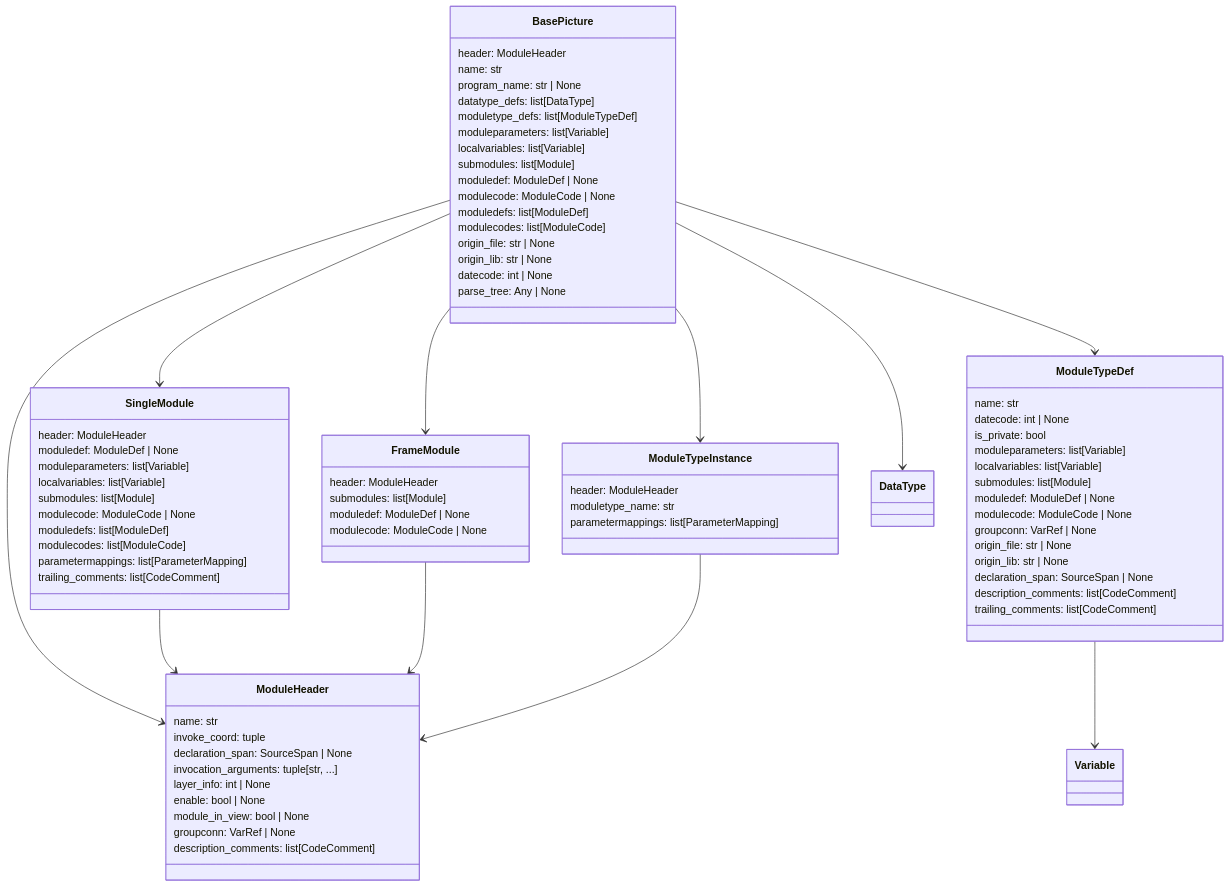
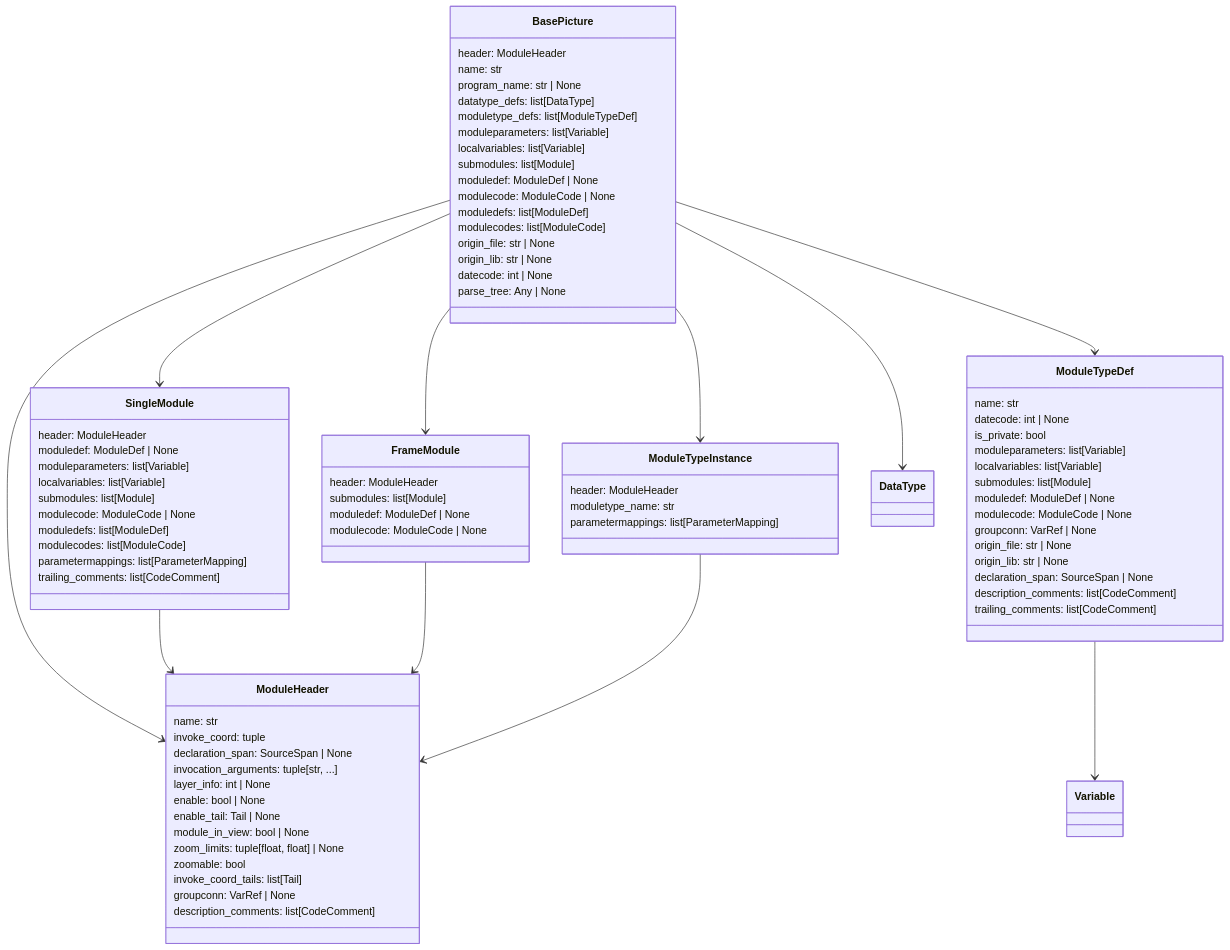
The first of 6 diagrams in docs/ast.md (SorenHJohansen/sattline-parser), drawn with Mermaid before and after one commit. The commit also changed other lines of this file and 21 other files, not shown here.

```diff
--- a/docs/ast.md
+++ b/docs/ast.md
@@ -35,7 +35,11 @@
         invocation_arguments: tuple[str, ...]
         layer_info: int | None
         enable: bool | None
+        enable_tail: Tail | None
         module_in_view: bool | None
+        zoom_limits: tuple[float, float] | None
+        zoomable: bool
+        invoke_coord_tails: list[Tail]
         groupconn: VarRef | None
         description_comments: list[CodeComment]
     }
```
